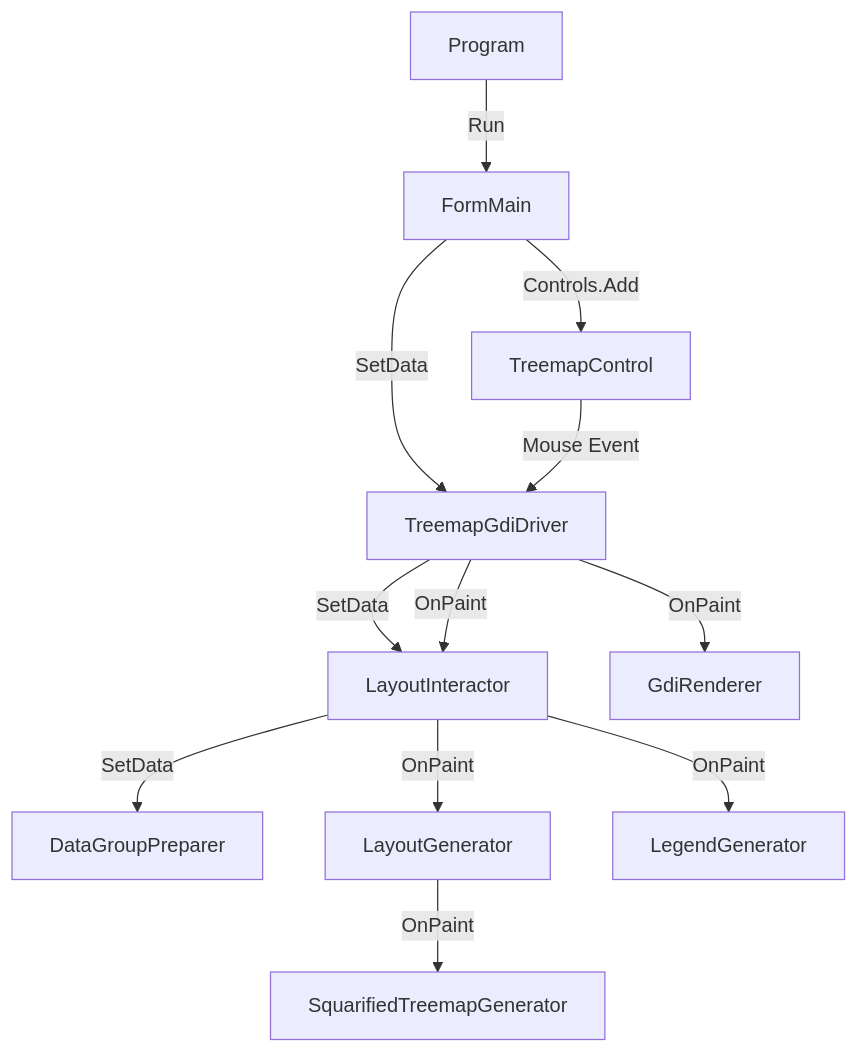
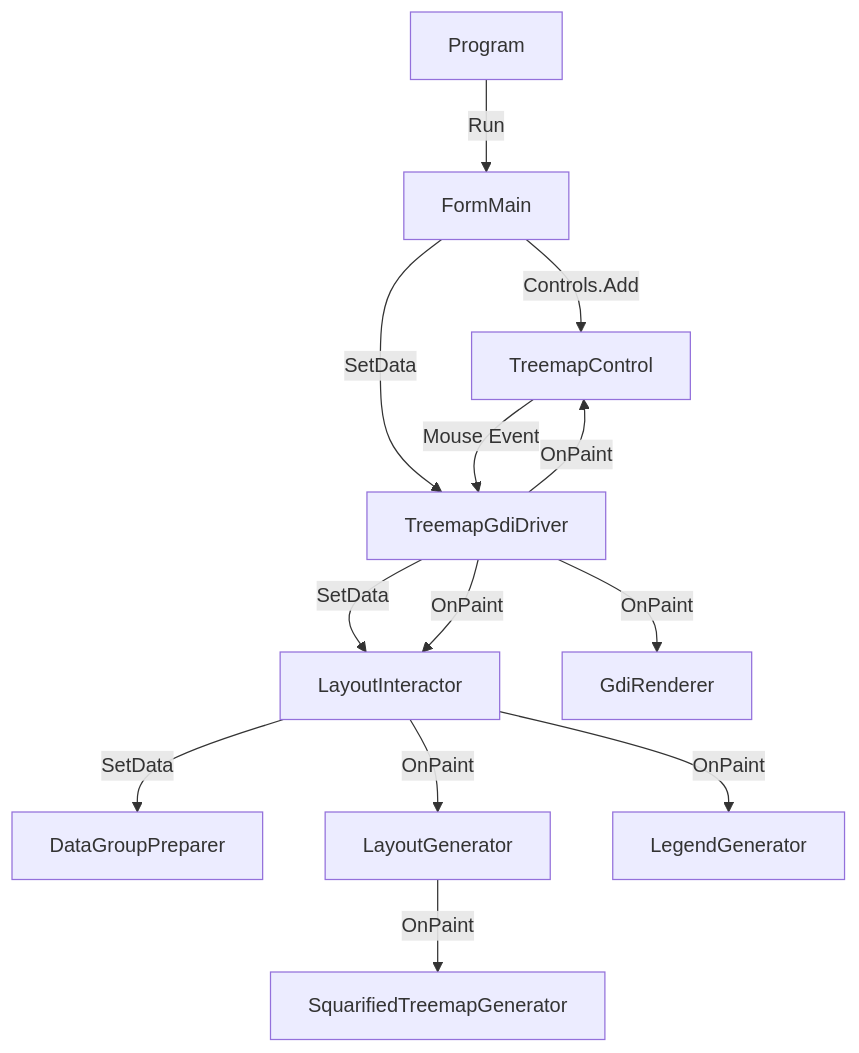
The first of 2 diagrams in README.md (panda728/SquarifiedTreemapLayers), drawn with Mermaid before and after one commit.

````diff
--- a/README.md
+++ b/README.md
@@ -33,14 +33,15 @@
 ```mermaid
 graph TD 
 A[Program] -->|Run| B[FormMain] 
 B -->|Controls.Add| C[TreemapControl] 
 B -->|SetData| D[TreemapGdiDriver<T>]
 D -->|SetData| E[LayoutInteractor<T>] 
 E -->|SetData| F[DataGroupPreparer<T>] 
 D -->|OnPaint| E
 E -->|OnPaint| G[LayoutGenerator<T>] 
 G -->|OnPaint| H[SquarifiedTreemapGenerator] 
 E -->|OnPaint| I[LegendGenerator]
 C --> |Mouse Event| D
 D -->|OnPaint| J[GdiRenderer] 
+D -->|OnPaint| C
 ```
````
